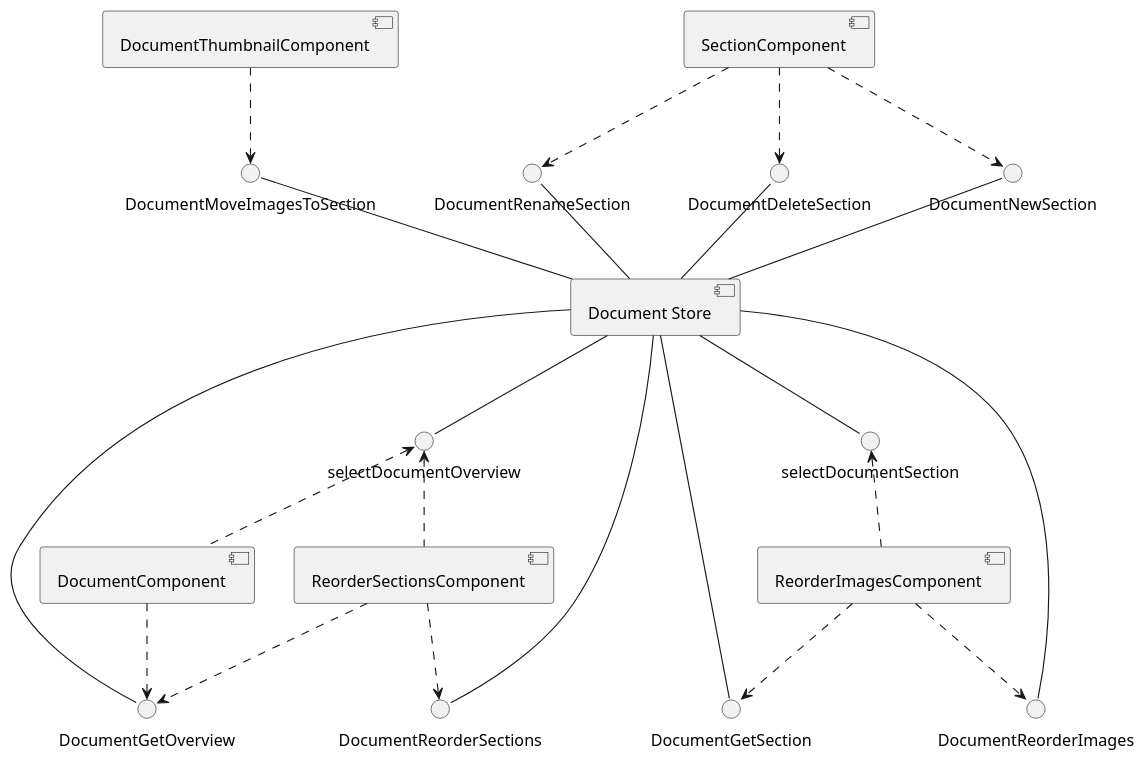
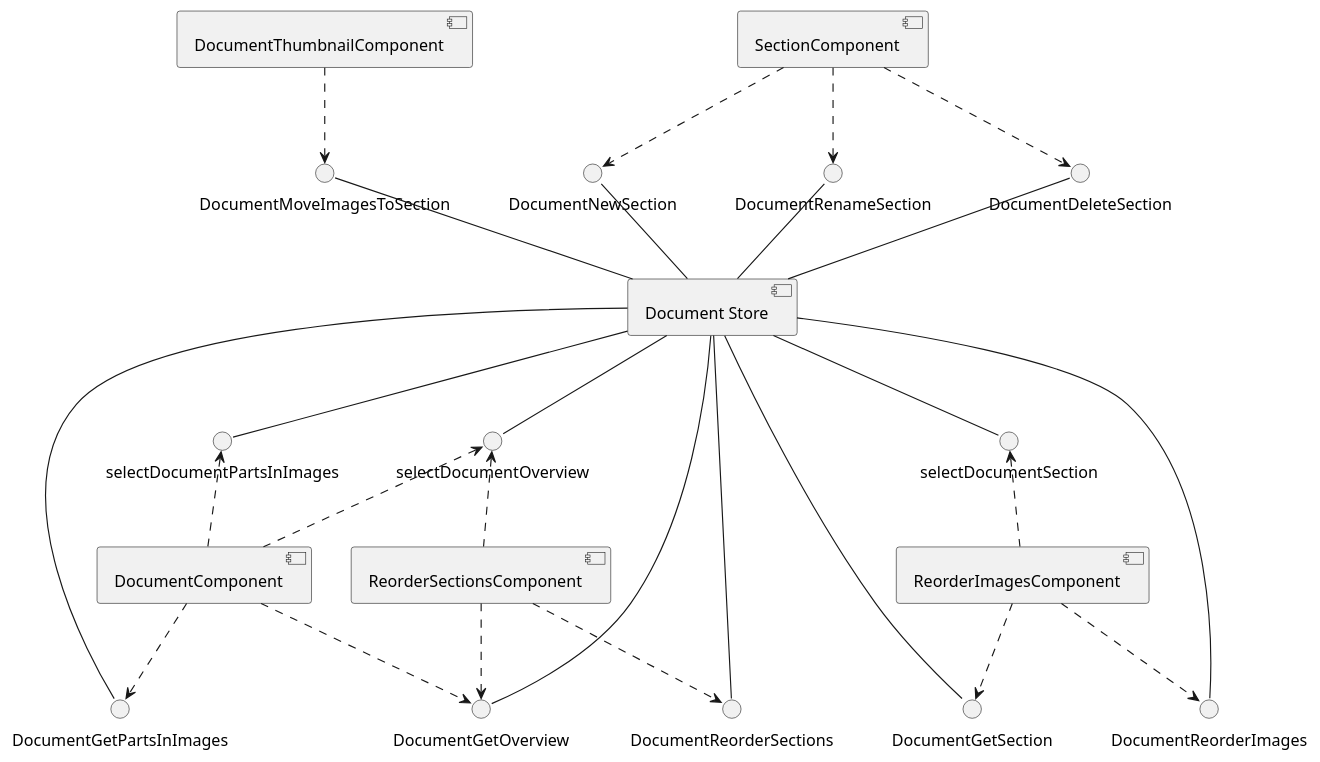
One commit to HISPAMUS/muret changed the sixth of 14 diagrams in documentation/puml/angular.puml. Above: the diagram before and after it, drawn with PlantUML. The commit also changed 18 other files, not shown here.

```diff
--- a/documentation/puml/angular.puml
+++ b/documentation/puml/angular.puml
@@ -146,29 +146,33 @@
 @startuml document_store_component
     [Document Store]
     DocumentGetOverview -- [Document Store]
     DocumentMoveImagesToSection -- [Document Store]
     DocumentNewSection -- [Document Store]
     DocumentRenameSection -- [Document Store]
     DocumentDeleteSection -- [Document Store]
     DocumentReorderSections -- [Document Store]
     DocumentGetSection -- [Document Store]
     DocumentReorderImages -- [Document Store]
+    DocumentGetPartsInImages -- [Document Store]
 
     [Document Store] -- selectDocumentOverview
     [Document Store] -- selectDocumentSection
+    [Document Store] -- selectDocumentPartsInImages
     
 
     [DocumentComponent] ..> DocumentGetOverview
     [ReorderSectionsComponent] ..> DocumentGetOverview
     [DocumentThumbnailComponent] ..> DocumentMoveImagesToSection
     [SectionComponent] ..> DocumentNewSection
     [SectionComponent] ..> DocumentRenameSection
     [SectionComponent] ..> DocumentDeleteSection
     [ReorderSectionsComponent] ..> DocumentReorderSections
     [ReorderImagesComponent] ..> DocumentGetSection
     [ReorderImagesComponent] ..> DocumentReorderImages
+    [DocumentComponent] ..> DocumentGetPartsInImages
 
     selectDocumentOverview <.. [DocumentComponent]
     selectDocumentOverview <.. [ReorderSectionsComponent]
     selectDocumentSection <.. [ReorderImagesComponent]
+    selectDocumentPartsInImages <.. [DocumentComponent]
 @enduml
```
